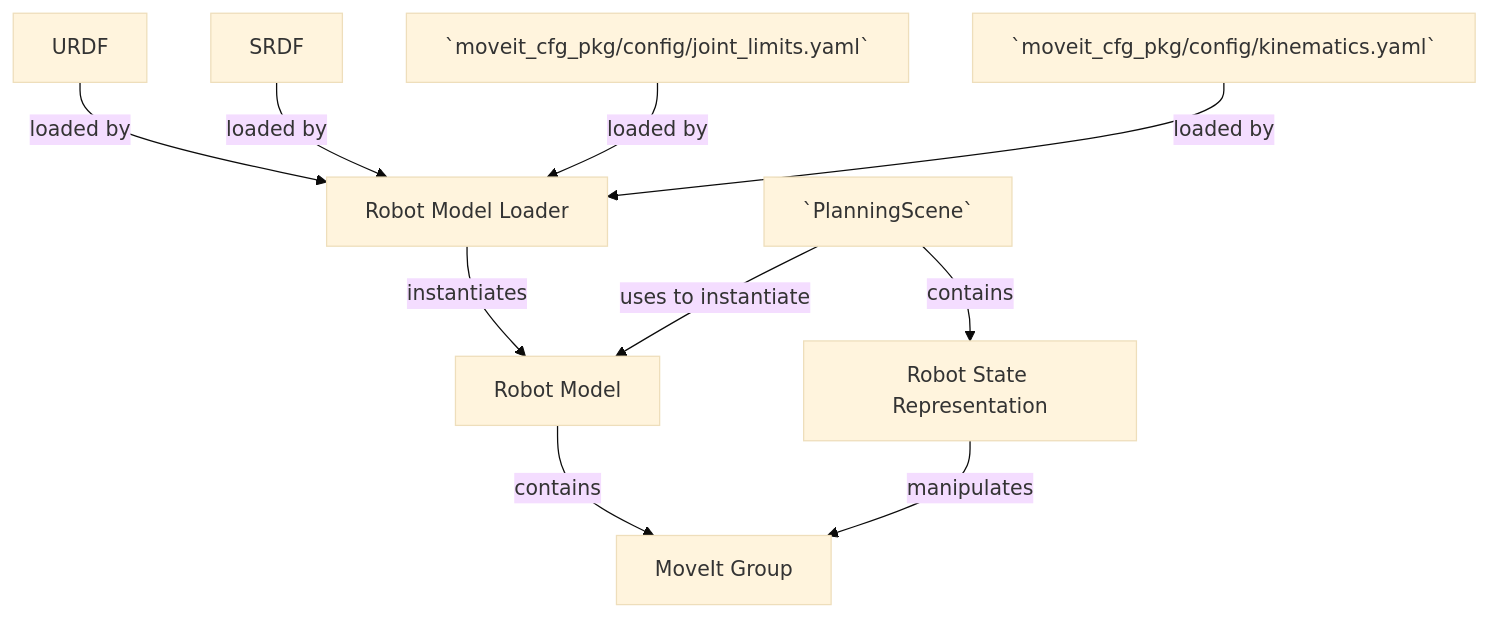
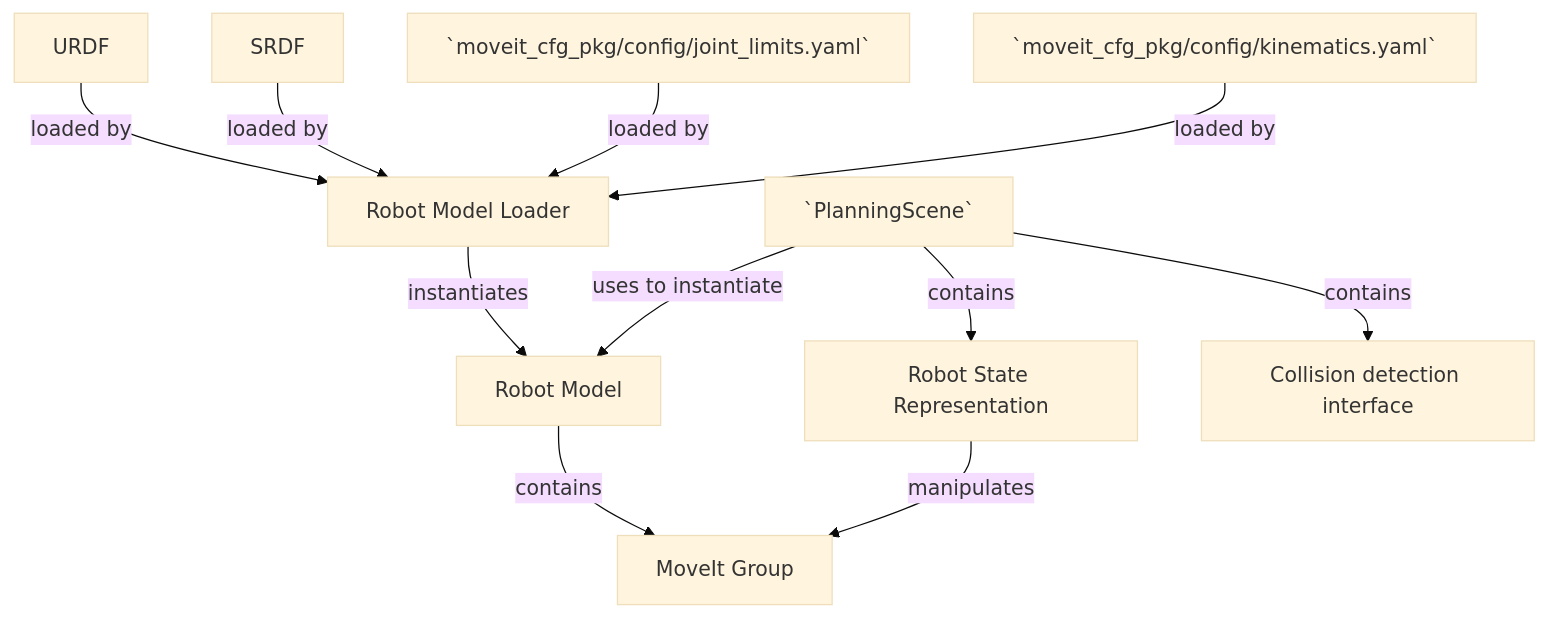
Before and after one commit to rafaelrojasmiliani/moveit_tutorial: the diagram in 02_planning_scene/src/a_planning_scene_class/readme.md, drawn with Mermaid (base theme).

````diff
--- a/02_planning_scene/src/a_planning_scene_class/readme.md
+++ b/02_planning_scene/src/a_planning_scene_class/readme.md
@@ -26,12 +26,13 @@
 ```mermaid
 graph TD;
     URDF -- loaded by --> RML[Robot Model Loader];
     SRDF -- loaded by --> RML;
     J[`moveit_cfg_pkg/config/joint_limits.yaml`] -- loaded by --> RML;
     K[`moveit_cfg_pkg/config/kinematics.yaml`] -- loaded by --> RML;
     RML -- instantiates --> RM[Robot Model];
     RM -- contains --> MG[MoveIt Group];
     PS[`PlanningScene`] -- uses to instantiate --> RM;
     PS -- contains --> RS[Robot State Representation];
+    PS -- contains --> CD[Collision detection interface];
     RS -- manipulates --> MG;
 ```
````
